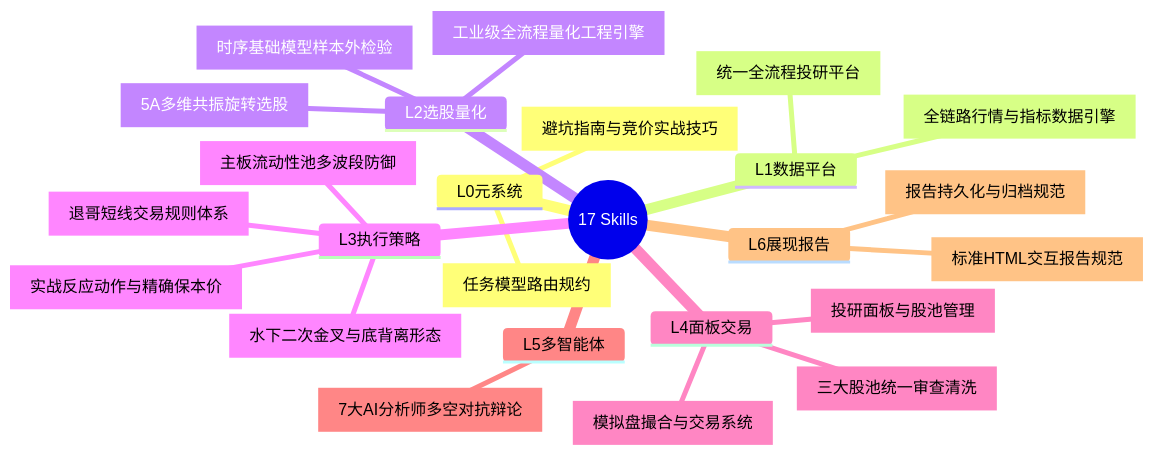
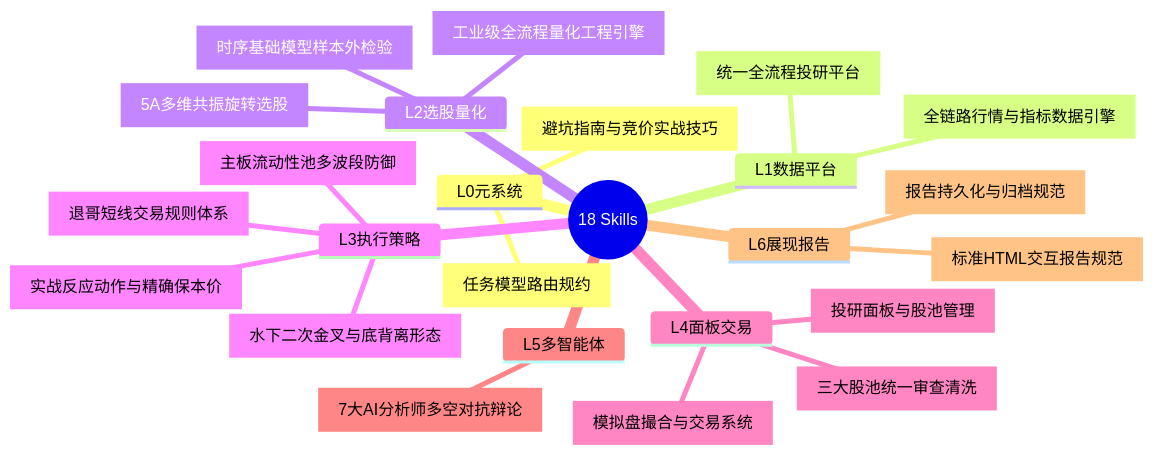
Before and after one commit to cvdnn/a_stock_agents: the second of 3 diagrams in docs/index.md, drawn with Mermaid. The commit also changed other lines of this file and 75 other files, not shown here.

````diff
--- a/docs/index.md
+++ b/docs/index.md
@@ -270,28 +270,28 @@
 ```mermaid
 mindmap
-  root((17 Skills))
+  root((18 Skills))
     L0元系统
       astock-meta-routing[任务模型路由规约]
       astock-knowledge-tips[避坑指南与竞价实战技巧]
     L1数据平台
       astock-data-feed[全链路行情与指标数据引擎]
       astock-platform-evaluate[统一全流程投研平台]
     L2选股量化
       astock-screener-5a[5A多维共振旋转选股]
       astock-quant-engine[工业级全流程量化工程引擎]
       astock-model-validation[时序基础模型样本外检验]
     L3执行策略
       astock-action-execution[实战反应动作与精确保本价]
       astock-strategy-mainboard[主板流动性池多波段防御]
       astock-strategy-tuige[退哥短线交易规则体系]
       astock-strategy-macd[水下二次金叉与底背离形态]
     L4面板交易
       astock-pool-dashboard[投研面板与股池管理]
       astock-pool-audit[三大股池统一审查清洗]
       astock-trade-paper[模拟盘撮合与交易系统]
     L5多智能体
       astock-agent-debate[7大AI分析师多空对抗辩论]
     L6展现报告
       astock-report-html[标准HTML交互报告规范]
       astock-report-archive[报告持久化与归档规范]
 ```
````
